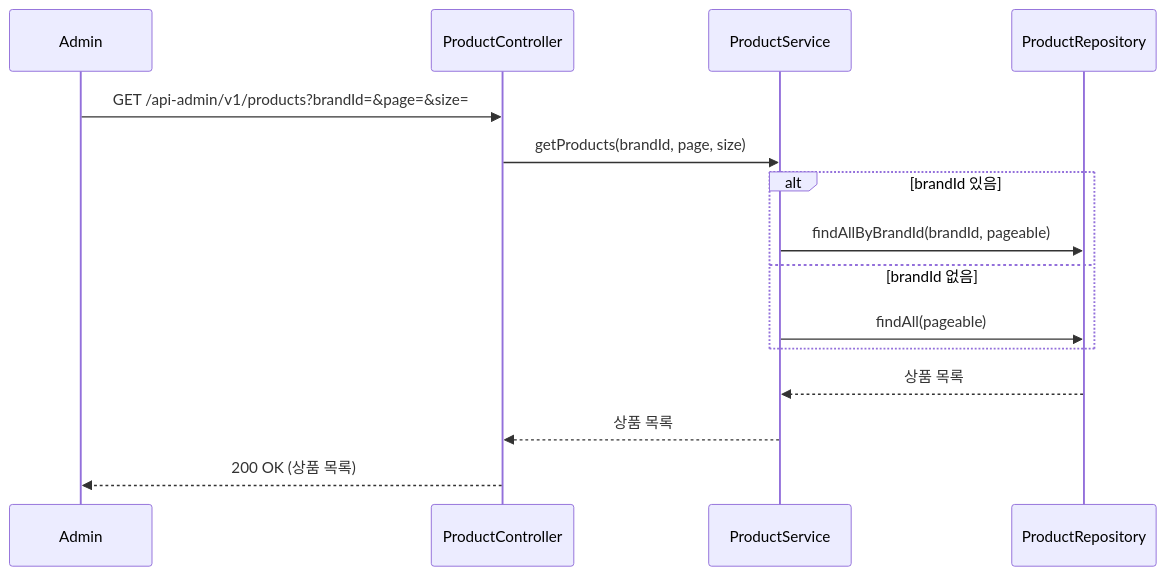
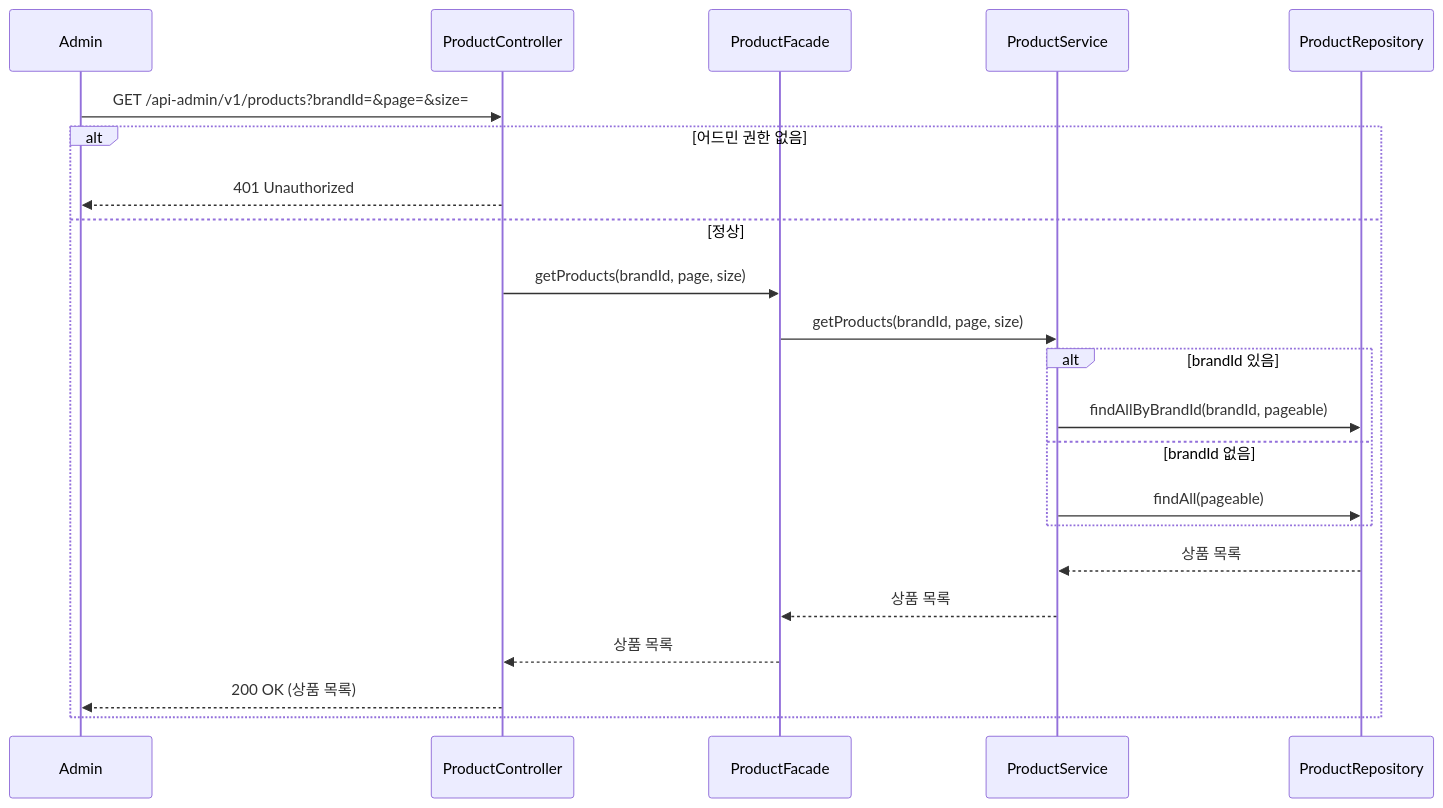
One commit to loopers-labs/loop-pack-be-l2-vol4-java changed diagram 11 of 33 in .docs/design/sequence-diagrams.md. Above: the diagram before and after it, drawn with Mermaid. The commit also changed other lines of this file, not shown here.

Commit message:
fix: 시퀀스 다이어그램 파사드 추가

````diff
--- a/.docs/design/sequence-diagrams.md
+++ b/.docs/design/sequence-diagrams.md
@@ -257,20 +295,25 @@
 ```mermaid
 sequenceDiagram
     participant Admin
     participant ProductController
+    participant ProductFacade
     participant ProductService
     participant ProductRepository
 
     Admin->>ProductController: GET /api-admin/v1/products?brandId=&page=&size=
-    ProductController->>ProductService: getProducts(brandId, page, size)
-
-    alt brandId 있음
-        ProductService->>ProductRepository: findAllByBrandId(brandId, pageable)
-    else brandId 없음
-        ProductService->>ProductRepository: findAll(pageable)
+    alt 어드민 권한 없음
+        ProductController-->>Admin: 401 Unauthorized
+    else 정상
+        ProductController->>ProductFacade: getProducts(brandId, page, size)
+        ProductFacade->>ProductService: getProducts(brandId, page, size)
+        alt brandId 있음
+            ProductService->>ProductRepository: findAllByBrandId(brandId, pageable)
+        else brandId 없음
+            ProductService->>ProductRepository: findAll(pageable)
+        end
+        ProductRepository-->>ProductService: 상품 목록
+        ProductService-->>ProductFacade: 상품 목록
+        ProductFacade-->>ProductController: 상품 목록
+        ProductController-->>Admin: 200 OK (상품 목록)
     end
-
-    ProductRepository-->>ProductService: 상품 목록
-    ProductService-->>ProductController: 상품 목록
-    ProductController-->>Admin: 200 OK (상품 목록)
 ```
````
